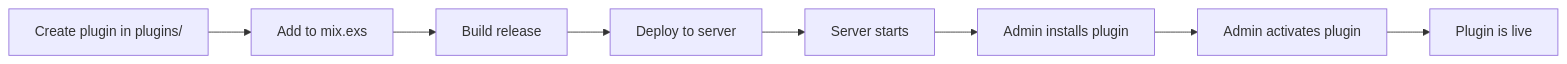
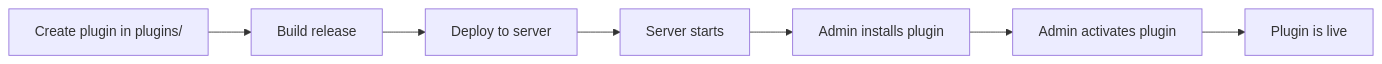
Before and after one commit to kandaga-unpad/pustaka: the diagram in docs/features/plugins/developer-guide.md, drawn with Mermaid. The commit also changed other lines of this file and 3 other files, not shown here.

````diff
--- a/docs/features/plugins/developer-guide.md
+++ b/docs/features/plugins/developer-guide.md
@@ -565,10 +848,9 @@
 ```mermaid
 flowchart LR
-    A[Create plugin in plugins/] --> B[Add to mix.exs]
-    B --> C[Build release]
-    C --> D[Deploy to server]
-    D --> E[Server starts]
-    E --> F[Admin installs plugin]
-    F --> G[Admin activates plugin]
-    G --> H[Plugin is live]
+    A[Create plugin in plugins/] --> B[Build release]
+    B --> C[Deploy to server]
+    C --> D[Server starts]
+    D --> E[Admin installs plugin]
+    E --> F[Admin activates plugin]
+    F --> G[Plugin is live]
 ```
````
